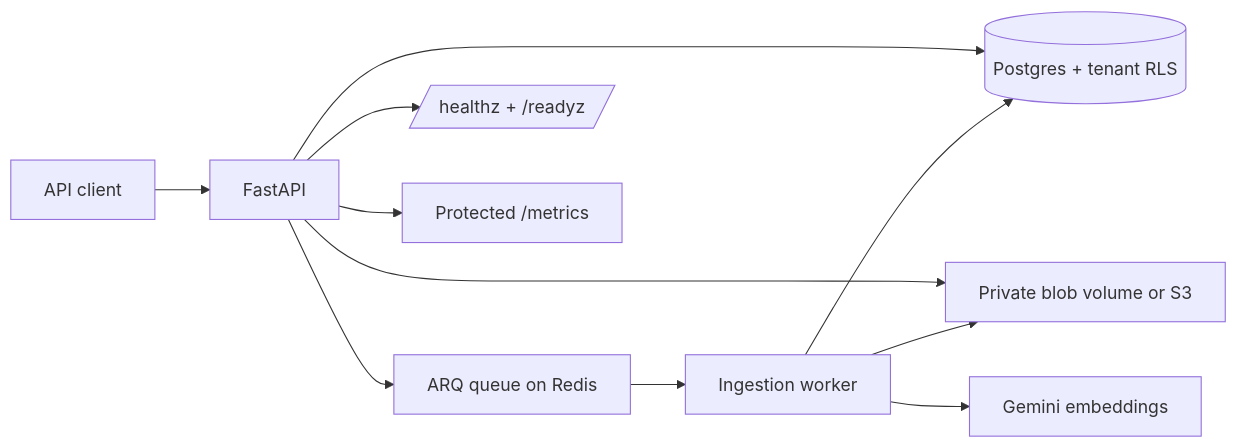
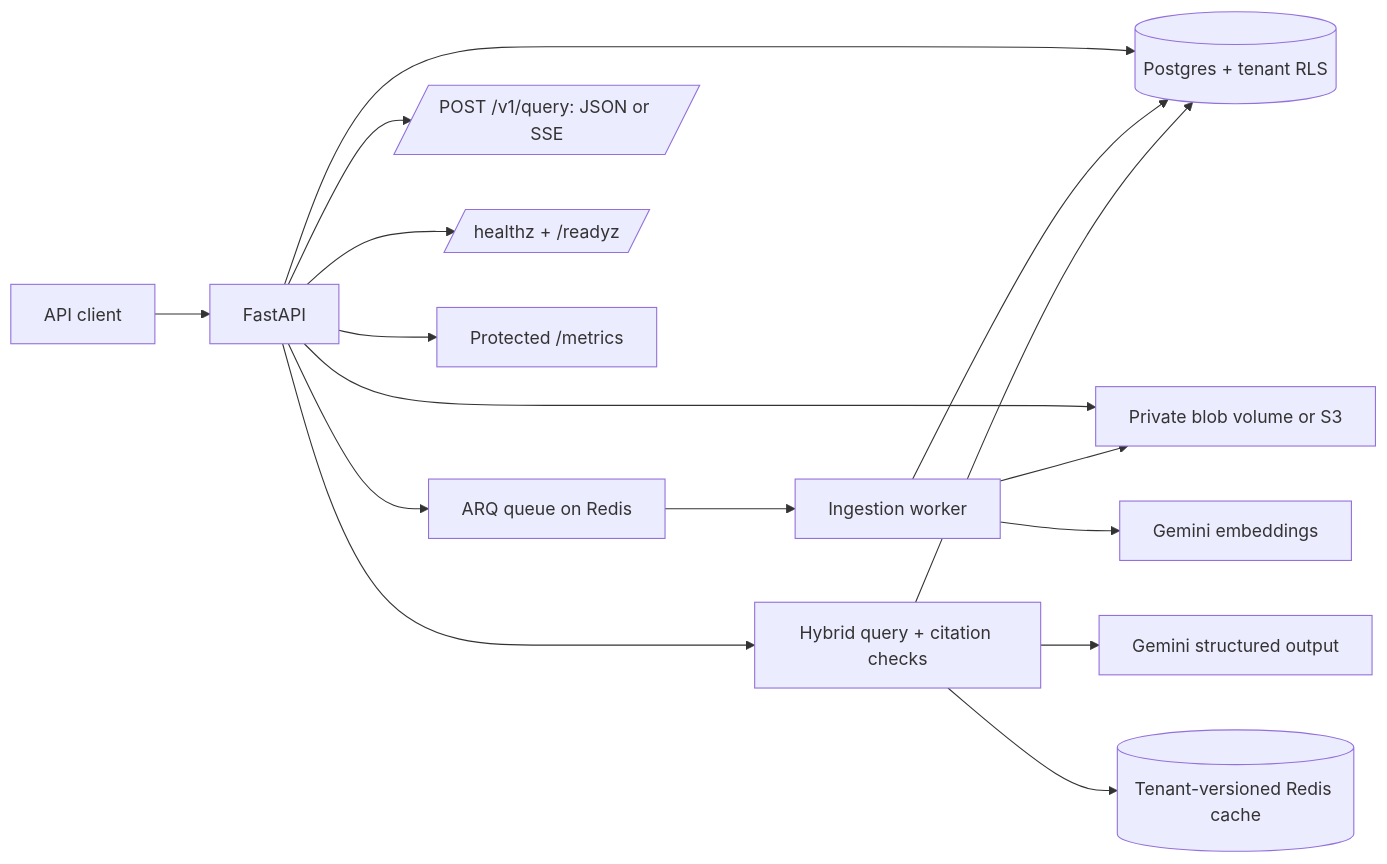
One commit to emmanuelmassawe/Enterprises-Rag-Platform changed the diagram in README.md. Above: the diagram before and after it, drawn with Mermaid. The commit also changed other lines of this file and 16 other files, not shown here.

First line of the commit message:
feat(rag): expand query pipeline with hybrid retrieval and cache management

````diff
--- a/README.md
+++ b/README.md
@@ -21,13 +21,18 @@
 ```mermaid
 flowchart LR
   Client[API client] --> API[FastAPI]
   API --> DB[(Postgres + tenant RLS)]
   API --> Blob[Private blob volume or S3]
   API --> Queue[ARQ queue on Redis]
   Queue --> Worker[Ingestion worker]
   Worker --> DB
   Worker --> Blob
   Worker --> Gemini[Gemini embeddings]
+  API --> Query[Hybrid query + citation checks]
+  Query --> DB
+  Query --> GeminiAnswer[Gemini structured output]
+  Query --> Cache[(Tenant-versioned Redis cache)]
+  API --> SSE[/POST /v1/query: JSON or SSE/]
   API --> Health[/healthz + /readyz/]
   API --> Metrics[Protected /metrics]
 ```
````
